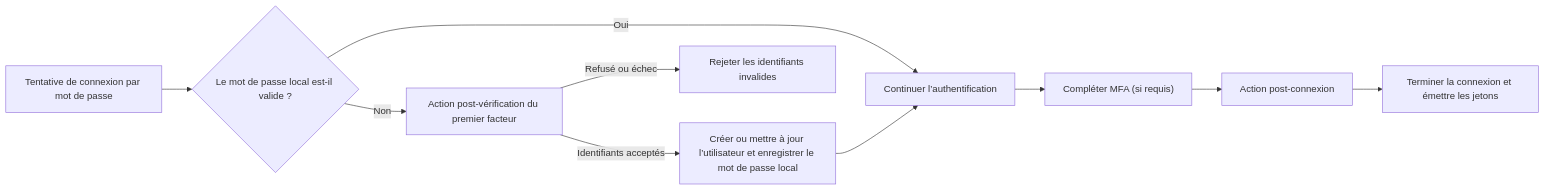
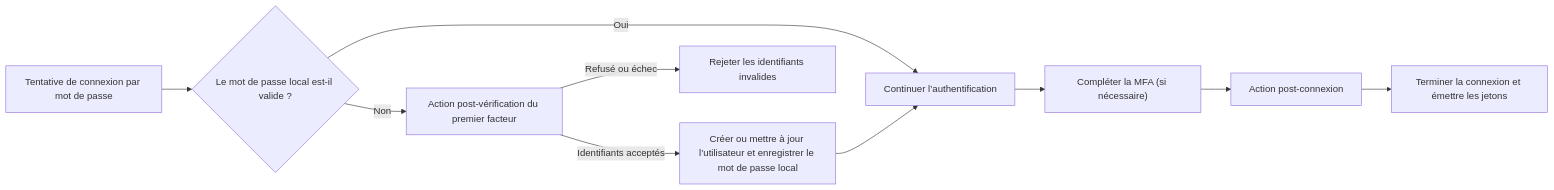
The diagram in i18n/fr/docusaurus-plugin-content-docs/current/developers/actions/README.mdx (logto-io/docs), drawn with Mermaid before and after one commit. The commit also changed other lines of this file and 17 other files, not shown here.

````diff
--- a/i18n/fr/docusaurus-plugin-content-docs/current/developers/actions/README.mdx
+++ b/i18n/fr/docusaurus-plugin-content-docs/current/developers/actions/README.mdx
@@ -29,12 +29,12 @@
 ```mermaid
 flowchart LR
   A["Tentative de connexion par mot de passe"] --> B{"Le mot de passe local est-il valide ?"}
   B -->|"Oui"| E["Continuer l’authentification"]
   B -->|"Non"| C["Action post-vérification du premier facteur"]
   C -->|"Identifiants acceptés"| D["Créer ou mettre à jour l’utilisateur et enregistrer le mot de passe local"]
   C -->|"Refusé ou échec"| X["Rejeter les identifiants invalides"]
   D --> E
-  E --> F["Compléter MFA (si requis)"]
+  E --> F["Compléter la MFA (si nécessaire)"]
   F --> G["Action post-connexion"]
   G --> H["Terminer la connexion et émettre les jetons"]
 ```
````
